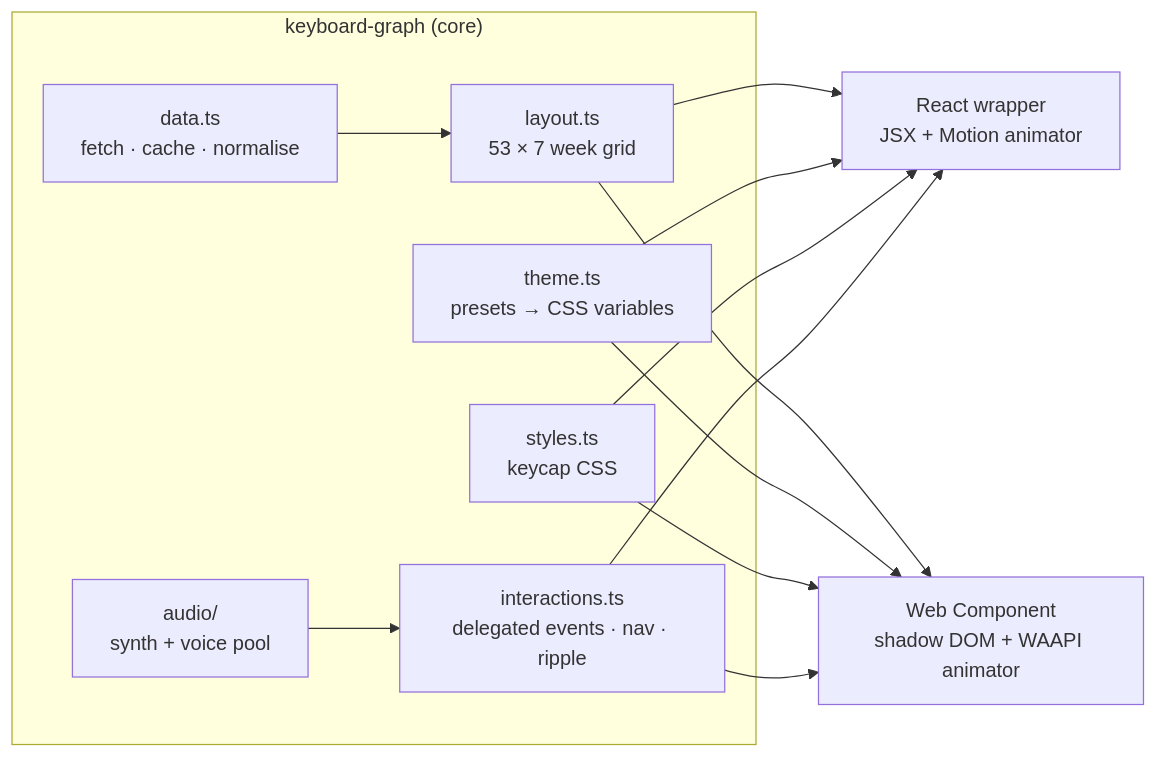
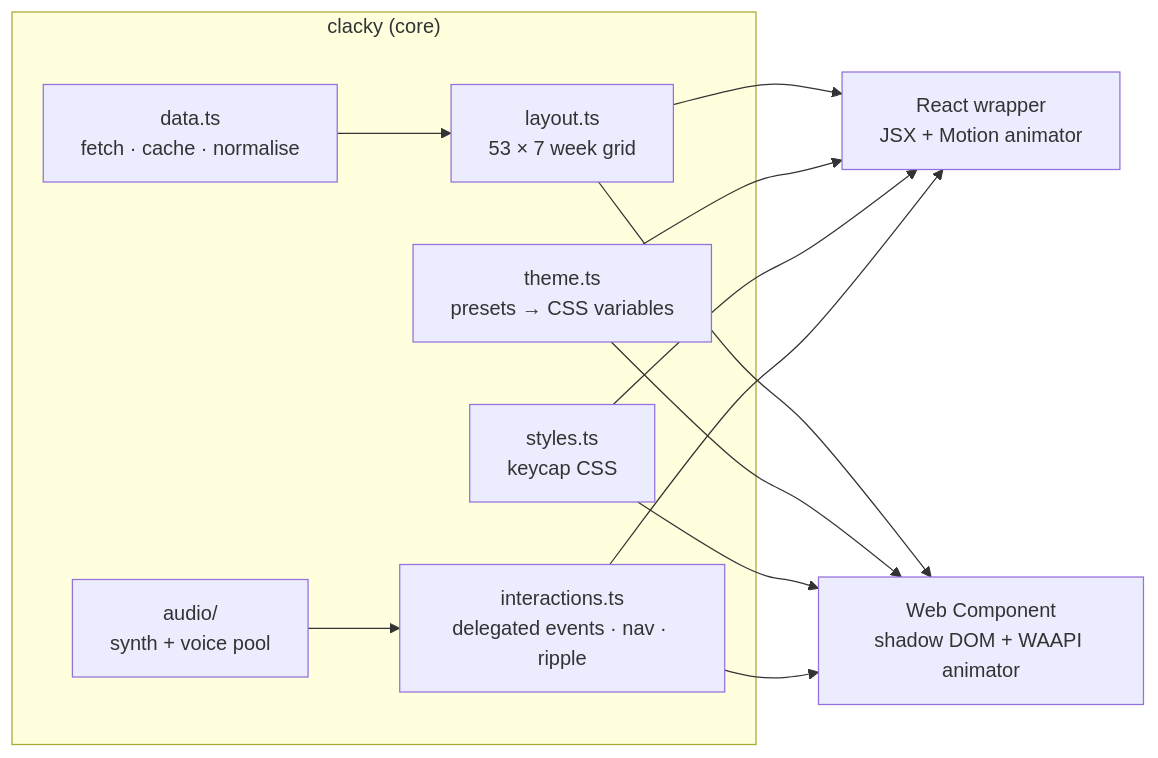
One commit to Rishabjs03/keyboard-graph changed the diagram in README.md. Above: the diagram before and after it, drawn with Mermaid. The commit also changed other lines of this file and 104 other files, not shown here.

````diff
--- a/README.md
+++ b/README.md
@@ -170,16 +170,16 @@
 ```mermaid
 flowchart LR
-  subgraph Core["keyboard-graph (core)"]
+  subgraph Core["clacky (core)"]
     D["data.ts<br/>fetch · cache · normalise"] --> L["layout.ts<br/>53 × 7 week grid"]
     T["theme.ts<br/>presets → CSS variables"]
     S["styles.ts<br/>keycap CSS"]
     A["audio/<br/>synth + voice pool"]
     I["interactions.ts<br/>delegated events · nav · ripple"]
   end
   L --> R["React wrapper<br/>JSX + Motion animator"]
   L --> W["Web Component<br/>shadow DOM + WAAPI animator"]
   T --> R & W
   S --> R & W
   A --> I
   I --> R & W
 ```
````
